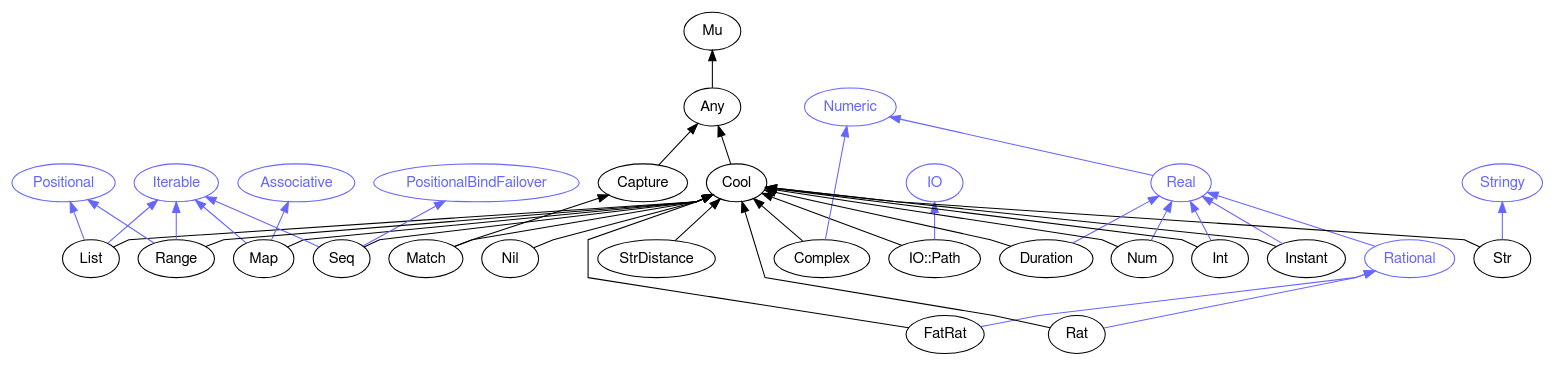
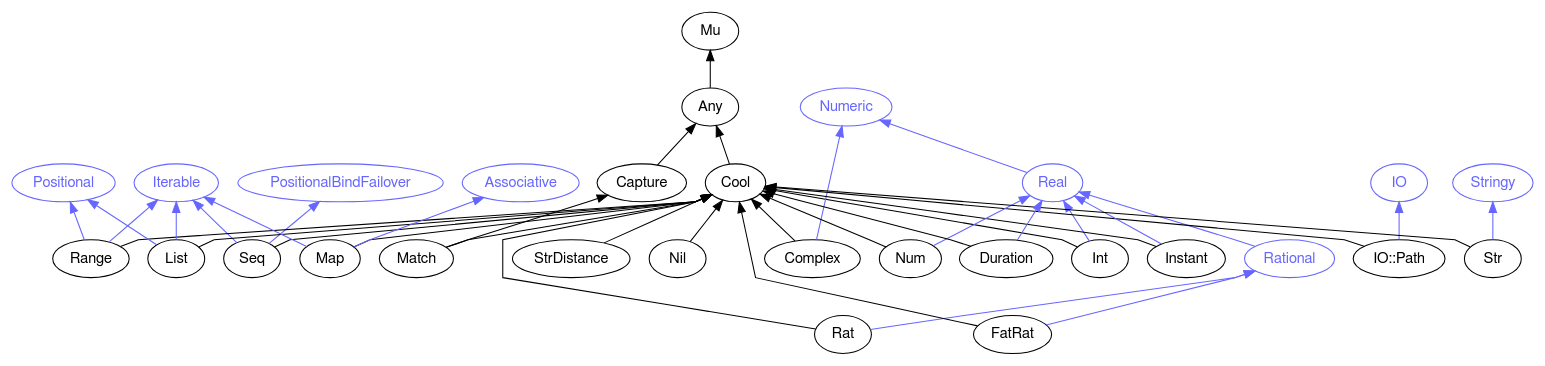
Before and after one commit to perl6docs/perl6docs.github.io: the diagram in images/type-graph-Cool.svg.dot, drawn with Graphviz. The commit also changed other lines of this file and 1889 other files, not shown here.

```diff
--- a/images/type-graph-Cool.svg.dot
+++ b/images/type-graph-Cool.svg.dot
@@ -1,78 +1,78 @@
 digraph "perl6-type-graph" {
     rankdir=BT;
     splines=polyline;
     overlap=false; 
     // Types
     "Cool" [color="#000000", fontcolor="#000000", href="/type/Cool", fontname="FreeSans"];
     "Mu" [color="#000000", fontcolor="#000000", href="/type/Mu", fontname="FreeSans"];
     "Any" [color="#000000", fontcolor="#000000", href="/type/Any", fontname="FreeSans"];
     "Numeric" [color="#6666FF", fontcolor="#6666FF", href="/type/Numeric", fontname="FreeSans"];
     "Real" [color="#6666FF", fontcolor="#6666FF", href="/type/Real", fontname="FreeSans"];
+    "Int" [color="#000000", fontcolor="#000000", href="/type/Int", fontname="FreeSans"];
+    "Nil" [color="#000000", fontcolor="#000000", href="/type/Nil", fontname="FreeSans"];
     "Rational" [color="#6666FF", fontcolor="#6666FF", href="/type/Rational", fontname="FreeSans"];
-    "FatRat" [color="#000000", fontcolor="#000000", href="/type/FatRat", fontname="FreeSans"];
+    "Rat" [color="#000000", fontcolor="#000000", href="/type/Rat", fontname="FreeSans"];
+    "Complex" [color="#000000", fontcolor="#000000", href="/type/Complex", fontname="FreeSans"];
+    "Iterable" [color="#6666FF", fontcolor="#6666FF", href="/type/Iterable", fontname="FreeSans"];
+    "PositionalBindFailover" [color="#6666FF", fontcolor="#6666FF", href="/type/PositionalBindFailover", fontname="FreeSans"];
+    "Seq" [color="#000000", fontcolor="#000000", href="/type/Seq", fontname="FreeSans"];
+    "StrDistance" [color="#000000", fontcolor="#000000", href="/type/StrDistance", fontname="FreeSans"];
+    "IO" [color="#6666FF", fontcolor="#6666FF", href="/type/IO", fontname="FreeSans"];
+    "IO::Path" [color="#000000", fontcolor="#000000", href="/type/IO::Path", fontname="FreeSans"];
     "Positional" [color="#6666FF", fontcolor="#6666FF", href="/type/Positional", fontname="FreeSans"];
-    "Iterable" [color="#6666FF", fontcolor="#6666FF", href="/type/Iterable", fontname="FreeSans"];
+    "Range" [color="#000000", fontcolor="#000000", href="/type/Range", fontname="FreeSans"];
     "List" [color="#000000", fontcolor="#000000", href="/type/List", fontname="FreeSans"];
-    "Rat" [color="#000000", fontcolor="#000000", href="/type/Rat", fontname="FreeSans"];
+    "Capture" [color="#000000", fontcolor="#000000", href="/type/Capture", fontname="FreeSans"];
+    "Match" [color="#000000", fontcolor="#000000", href="/type/Match", fontname="FreeSans"];
+    "Instant" [color="#000000", fontcolor="#000000", href="/type/Instant", fontname="FreeSans"];
+    "Num" [color="#000000", fontcolor="#000000", href="/type/Num", fontname="FreeSans"];
     "Associative" [color="#6666FF", fontcolor="#6666FF", href="/type/Associative", fontname="FreeSans"];
     "Map" [color="#000000", fontcolor="#000000", href="/type/Map", fontname="FreeSans"];
-    "IO" [color="#6666FF", fontcolor="#6666FF", href="/type/IO", fontname="FreeSans"];
-    "IO::Path" [color="#000000", fontcolor="#000000", href="/type/IO::Path", fontname="FreeSans"];
-    "Instant" [color="#000000", fontcolor="#000000", href="/type/Instant", fontname="FreeSans"];
-    "Complex" [color="#000000", fontcolor="#000000", href="/type/Complex", fontname="FreeSans"];
-    "StrDistance" [color="#000000", fontcolor="#000000", href="/type/StrDistance", fontname="FreeSans"];
+    "FatRat" [color="#000000", fontcolor="#000000", href="/type/FatRat", fontname="FreeSans"];
     "Stringy" [color="#6666FF", fontcolor="#6666FF", href="/type/Stringy", fontname="FreeSans"];
     "Str" [color="#000000", fontcolor="#000000", href="/type/Str", fontname="FreeSans"];
-    "Capture" [color="#000000", fontcolor="#000000", href="/type/Capture", fontname="FreeSans"];
-    "Match" [color="#000000", fontcolor="#000000", href="/type/Match", fontname="FreeSans"];
-    "Nil" [color="#000000", fontcolor="#000000", href="/type/Nil", fontname="FreeSans"];
-    "PositionalBindFailover" [color="#6666FF", fontcolor="#6666FF", href="/type/PositionalBindFailover", fontname="FreeSans"];
-    "Seq" [color="#000000", fontcolor="#000000", href="/type/Seq", fontname="FreeSans"];
     "Duration" [color="#000000", fontcolor="#000000", href="/type/Duration", fontname="FreeSans"];
-    "Range" [color="#000000", fontcolor="#000000", href="/type/Range", fontname="FreeSans"];
-    "Num" [color="#000000", fontcolor="#000000", href="/type/Num", fontname="FreeSans"];
-    "Int" [color="#000000", fontcolor="#000000", href="/type/Int", fontname="FreeSans"];
 
     // Superclasses
     "Cool" -> "Any" [color="#000000"];
     "Any" -> "Mu" [color="#000000"];
-    "FatRat" -> "Cool" [color="#000000"];
+    "Int" -> "Cool" [color="#000000"];
+    "Nil" -> "Cool" [color="#000000"];
+    "Rat" -> "Cool" [color="#000000"];
+    "Complex" -> "Cool" [color="#000000"];
+    "Seq" -> "Cool" [color="#000000"];
+    "StrDistance" -> "Cool" [color="#000000"];
+    "IO::Path" -> "Cool" [color="#000000"];
+    "Range" -> "Cool" [color="#000000"];
     "List" -> "Cool" [color="#000000"];
-    "Rat" -> "Cool" [color="#000000"];
-    "Map" -> "Cool" [color="#000000"];
-    "IO::Path" -> "Cool" [color="#000000"];
-    "Instant" -> "Cool" [color="#000000"];
-    "Complex" -> "Cool" [color="#000000"];
-    "StrDistance" -> "Cool" [color="#000000"];
-    "Str" -> "Cool" [color="#000000"];
     "Capture" -> "Any" [color="#000000"];
     "Match" -> "Capture" [color="#000000"];
     "Match" -> "Cool" [color="#000000"];
-    "Nil" -> "Cool" [color="#000000"];
-    "Seq" -> "Cool" [color="#000000"];
+    "Instant" -> "Cool" [color="#000000"];
+    "Num" -> "Cool" [color="#000000"];
+    "Map" -> "Cool" [color="#000000"];
+    "FatRat" -> "Cool" [color="#000000"];
+    "Str" -> "Cool" [color="#000000"];
     "Duration" -> "Cool" [color="#000000"];
-    "Range" -> "Cool" [color="#000000"];
-    "Num" -> "Cool" [color="#000000"];
-    "Int" -> "Cool" [color="#000000"];
 
     // Roles
     "Real" -> "Numeric" [color="#6666FF"];
+    "Int" -> "Real" [color="#6666FF"];
     "Rational" -> "Real" [color="#6666FF"];
-    "FatRat" -> "Rational" [color="#6666FF"];
+    "Rat" -> "Rational" [color="#6666FF"];
+    "Complex" -> "Numeric" [color="#6666FF"];
+    "Seq" -> "Iterable" [color="#6666FF"];
+    "Seq" -> "PositionalBindFailover" [color="#6666FF"];
+    "IO::Path" -> "IO" [color="#6666FF"];
+    "Range" -> "Positional" [color="#6666FF"];
+    "Range" -> "Iterable" [color="#6666FF"];
     "List" -> "Positional" [color="#6666FF"];
     "List" -> "Iterable" [color="#6666FF"];
-    "Rat" -> "Rational" [color="#6666FF"];
+    "Instant" -> "Real" [color="#6666FF"];
+    "Num" -> "Real" [color="#6666FF"];
     "Map" -> "Iterable" [color="#6666FF"];
     "Map" -> "Associative" [color="#6666FF"];
-    "IO::Path" -> "IO" [color="#6666FF"];
-    "Instant" -> "Real" [color="#6666FF"];
-    "Complex" -> "Numeric" [color="#6666FF"];
+    "FatRat" -> "Rational" [color="#6666FF"];
     "Str" -> "Stringy" [color="#6666FF"];
-    "Seq" -> "Iterable" [color="#6666FF"];
-    "Seq" -> "PositionalBindFailover" [color="#6666FF"];
     "Duration" -> "Real" [color="#6666FF"];
-    "Range" -> "Positional" [color="#6666FF"];
-    "Range" -> "Iterable" [color="#6666FF"];
-    "Num" -> "Real" [color="#6666FF"];
-    "Int" -> "Real" [color="#6666FF"];
 }
```
